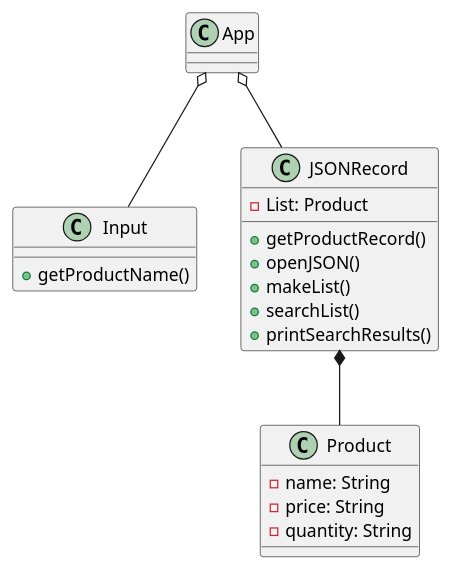
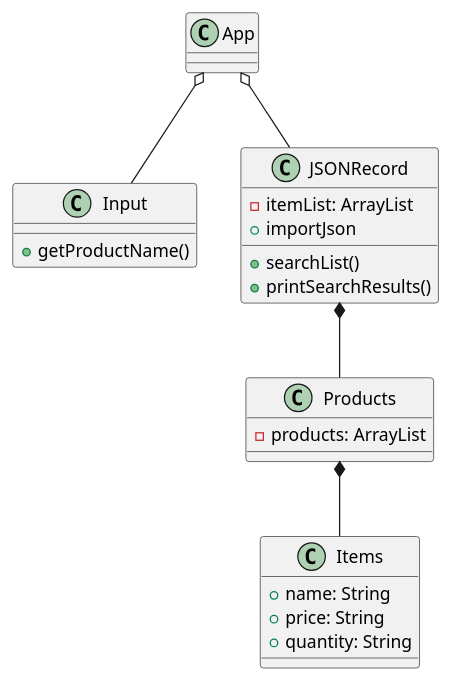
One commit to kingraham228/Ingraham-cop3330-assignment3 changed the diagram in src/main/java/ex44/ProductSearch.puml. Above: the diagram before and after it, drawn with PlantUML. The commit also changed 3 other files, not shown here.

```diff
--- a/src/main/java/ex44/ProductSearch.puml
+++ b/src/main/java/ex44/ProductSearch.puml
@@ -1,28 +1,32 @@
 @startuml
 class App{
 }
 
 class Input{
 +getProductName()
 }
 
-class Product{
--name: String
--price: String
--quantity: String
+class Products{
+-products: ArrayList
+
+}
+
+class Items{
++name: String
++price: String
++quantity: String
 }
 
 class JSONRecord{
--List: Product
-+getProductRecord()
-+openJSON()
-+makeList()
+-itemList: ArrayList
++importJson
 +searchList()
 +printSearchResults()
 }
 
 App o-- Input
 App o-- JSONRecord
-JSONRecord *-- Product
+JSONRecord *-- Products
+Products *-- Items
 
 @enduml
```
